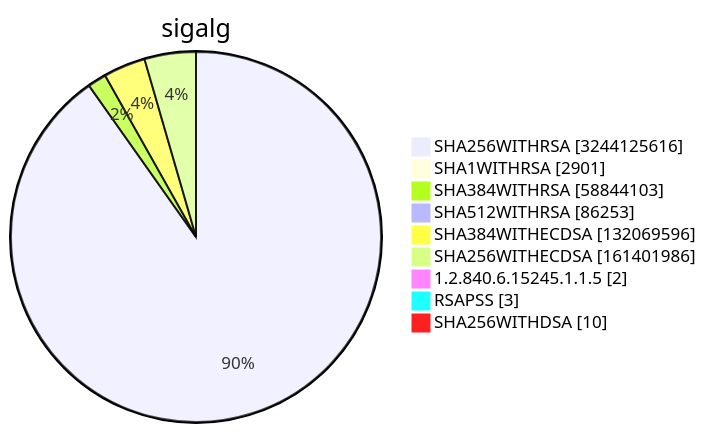
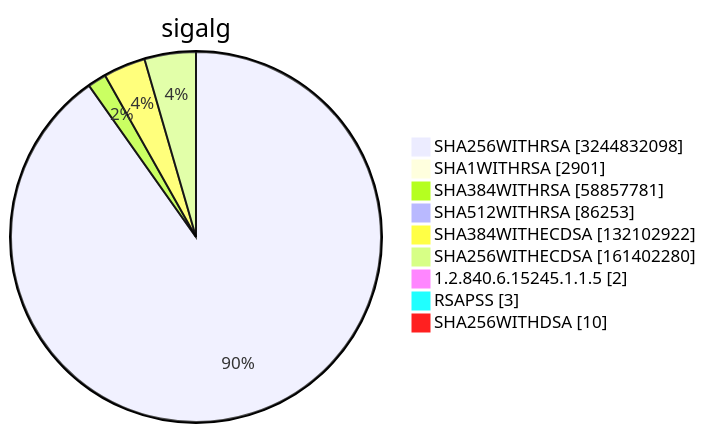
One commit to christiankrug/ctmonitor_visualization changed diagram 15 of 15 in TOTAL/README.md. Above: the diagram before and after it, drawn with Mermaid. The commit also changed other lines of this file, not shown here.

````diff
--- a/TOTAL/README.md
+++ b/TOTAL/README.md
@@ -6218,13 +6218,13 @@
 ```mermaid
 pie showData
 title sigalg
-"SHA256WITHRSA" :3244125616
+"SHA256WITHRSA" :3244832098
 "SHA1WITHRSA" :2901
-"SHA384WITHRSA" :58844103
+"SHA384WITHRSA" :58857781
 "SHA512WITHRSA" :86253
-"SHA384WITHECDSA" :132069596
-"SHA256WITHECDSA" :161401986
+"SHA384WITHECDSA" :132102922
+"SHA256WITHECDSA" :161402280
 "1.2.840.6.15245.1.1.5" :2
 "RSAPSS" :3
 "SHA256WITHDSA" :10
 ```
````
